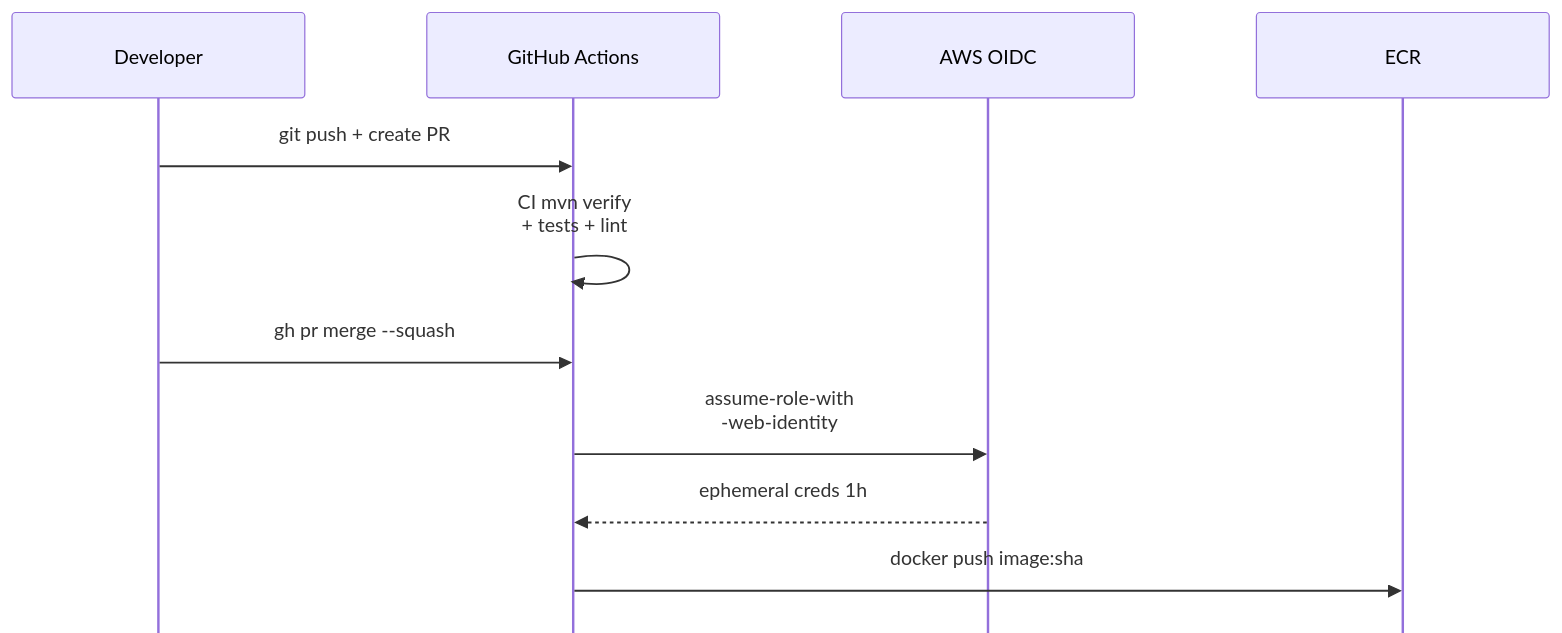
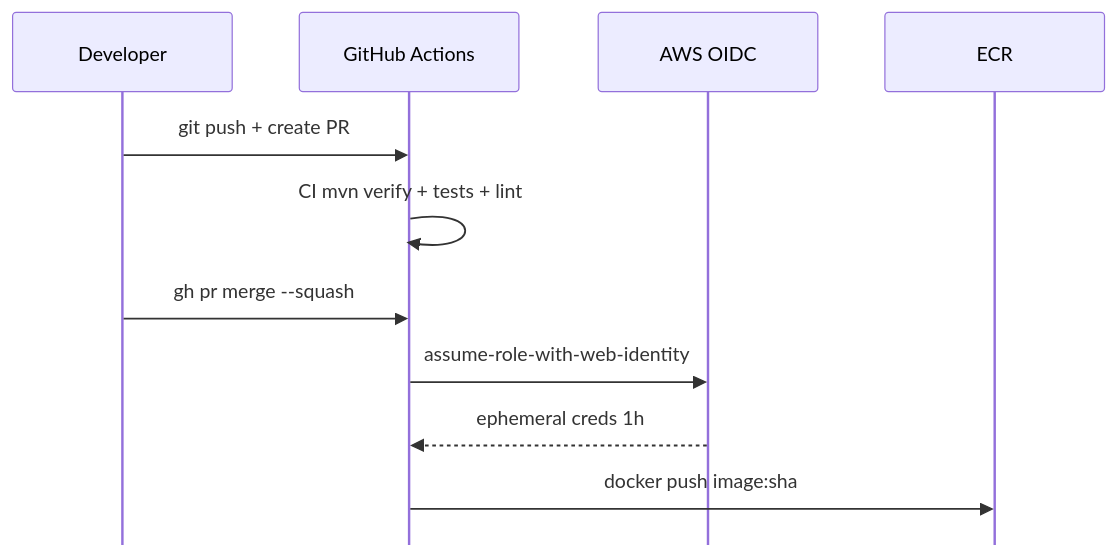
The third of 4 diagrams in documents/08-thesis/chapter-4-deployment-results.md (VictorAurelius/2026-Kite-Class-Platform), drawn with Mermaid before and after one commit. The commit also changed other lines of this file and 157 other files, not shown here.

````diff
--- a/documents/08-thesis/chapter-4-deployment-results.md
+++ b/documents/08-thesis/chapter-4-deployment-results.md
@@ -139,15 +139,15 @@
 ```mermaid
-%%{init: {"sequence": {"diagramMarginX": 50, "diagramMarginY": 25, "actorMargin": 100, "width": 240, "height": 70, "boxMargin": 18, "boxTextMargin": 10, "noteMargin": 15, "messageMargin": 50, "mirrorActors": false}, "themeVariables": {"fontSize": "28px", "messageFontSize": "26px", "noteFontSize": "26px"}}}%%
+%%{init: {"sequence": {"diagramMarginX": 30, "diagramMarginY": 20, "actorMargin": 55, "width": 180, "height": 65, "boxMargin": 14, "boxTextMargin": 8, "noteMargin": 12, "messageMargin": 40, "mirrorActors": false, "wrap": true}, "themeVariables": {"fontSize": "36px", "messageFontSize": "34px", "noteFontSize": "34px"}}}%%
 sequenceDiagram
     participant Dev as Developer
     participant GH as GitHub Actions
     participant OIDC as AWS OIDC
     participant ECR as ECR
 
     Dev->>GH: git push + create PR
-    GH->>GH: CI mvn verify<br/>+ tests + lint
+    GH->>GH: CI mvn verify + tests + lint
     Dev->>GH: gh pr merge --squash
-    GH->>OIDC: assume-role-with<br/>-web-identity
+    GH->>OIDC: assume-role-with-web-identity
     OIDC-->>GH: ephemeral creds 1h
     GH->>ECR: docker push image:sha
 ```
````
